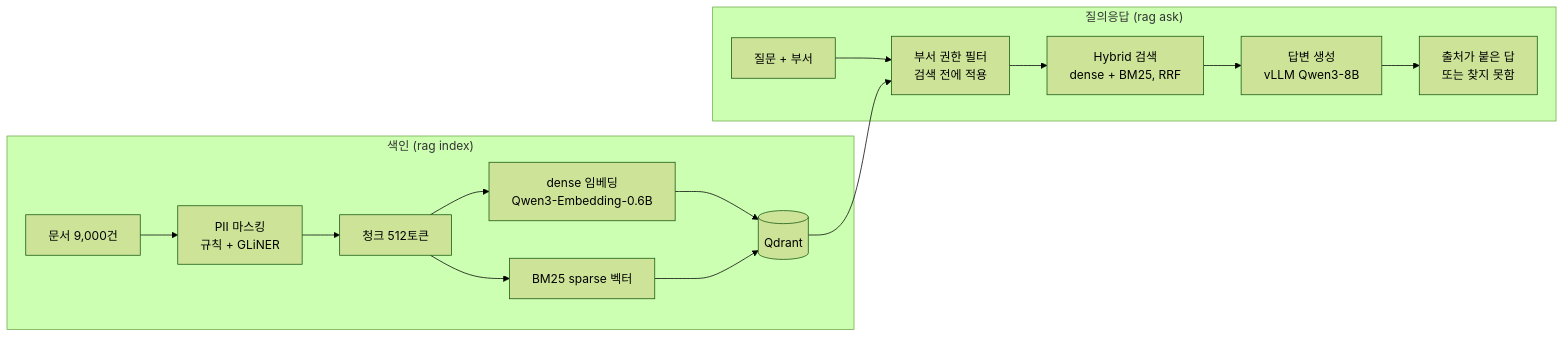
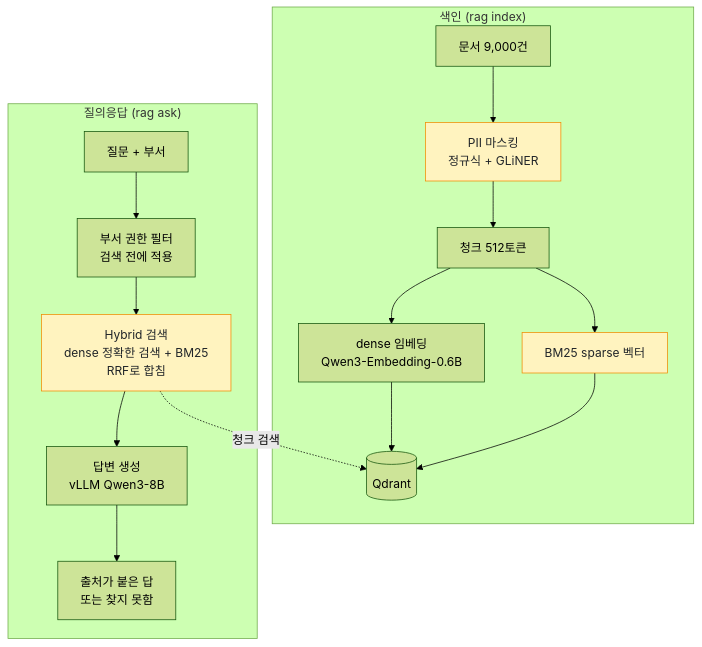
One commit to jhlee5647/enterprise-rag-project changed the diagram in README.md. Above: the diagram before and after it, drawn with Mermaid (forest theme). The commit also changed other lines of this file, not shown here.

````diff
--- a/README.md
+++ b/README.md
@@ -31,18 +118,20 @@
 ```mermaid
-flowchart LR
+flowchart TB
     subgraph index["색인 (rag index)"]
-        D[문서 9,000건] --> M[PII 마스킹<br/>규칙 + GLiNER]
+        D[문서 9,000건] --> M[PII 마스킹<br/>정규식 + GLiNER]
         M --> C[청크 512토큰]
         C --> E[dense 임베딩<br/>Qwen3-Embedding-0.6B]
         C --> B[BM25 sparse 벡터]
         E --> Q[(Qdrant)]
         B --> Q
     end
     subgraph ask["질의응답 (rag ask)"]
         U[질문 + 부서] --> F[부서 권한 필터<br/>검색 전에 적용]
-        F --> H[Hybrid 검색<br/>dense + BM25, RRF]
+        F --> H[Hybrid 검색<br/>dense 정확한 검색 + BM25<br/>RRF로 합침]
         H --> L[답변 생성<br/>vLLM Qwen3-8B]
         L --> A[출처가 붙은 답<br/>또는 찾지 못함]
     end
-    Q --> F
+    H -.->|청크 검색| Q
+    classDef changed fill:#fff3bf,stroke:#f08c00,color:#212529
+    class M,B,H changed
 ```
````
